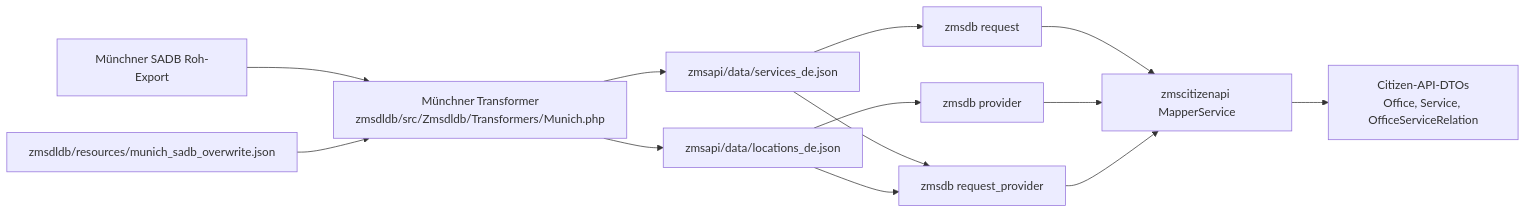
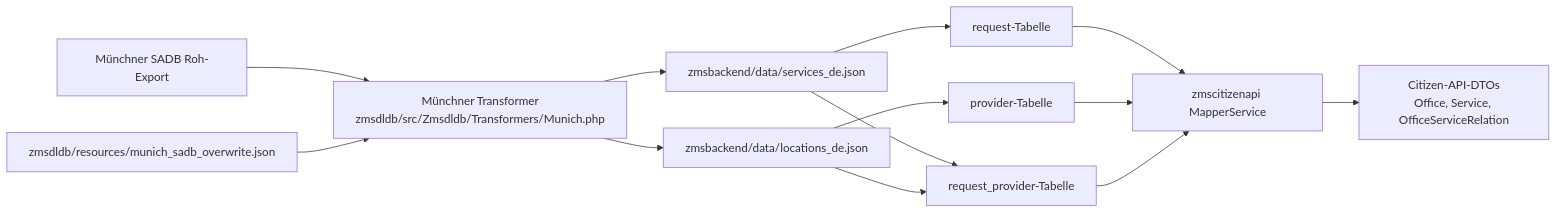
One commit to it-at-m/eappointment changed the second of 3 diagrams in docs/de/operations/dldb-interface-documentation.md. Above: the diagram before and after it, drawn with Mermaid. The commit also changed other lines of this file and 32 other files, not shown here.

````diff
--- a/docs/de/operations/dldb-interface-documentation.md
+++ b/docs/de/operations/dldb-interface-documentation.md
@@ -445,15 +441,15 @@
 ```mermaid
 flowchart LR
     A[Münchner SADB Roh-Export] --> B[Münchner Transformer<br/>zmsdldb/src/Zmsdldb/Transformers/Munich.php]
     O[zmsdldb/resources/munich_sadb_overwrite.json] --> B
-    B --> C[zmsapi/data/services_de.json]
-    B --> D[zmsapi/data/locations_de.json]
-    C --> E[zmsdb request]
-    D --> F[zmsdb provider]
-    C --> G[zmsdb request_provider]
+    B --> C[zmsbackend/data/services_de.json]
+    B --> D[zmsbackend/data/locations_de.json]
+    C --> E[request-Tabelle]
+    D --> F[provider-Tabelle]
+    C --> G[request_provider-Tabelle]
     D --> G
     E --> H[zmscitizenapi MapperService]
     F --> H
     G --> H
     H --> I[Citizen-API-DTOs<br/>Office, Service, OfficeServiceRelation]
 ```
````
